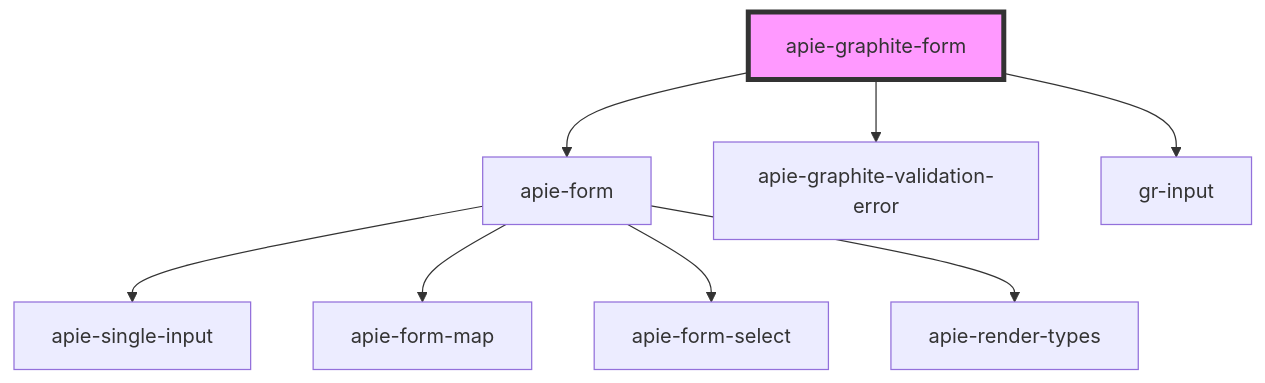
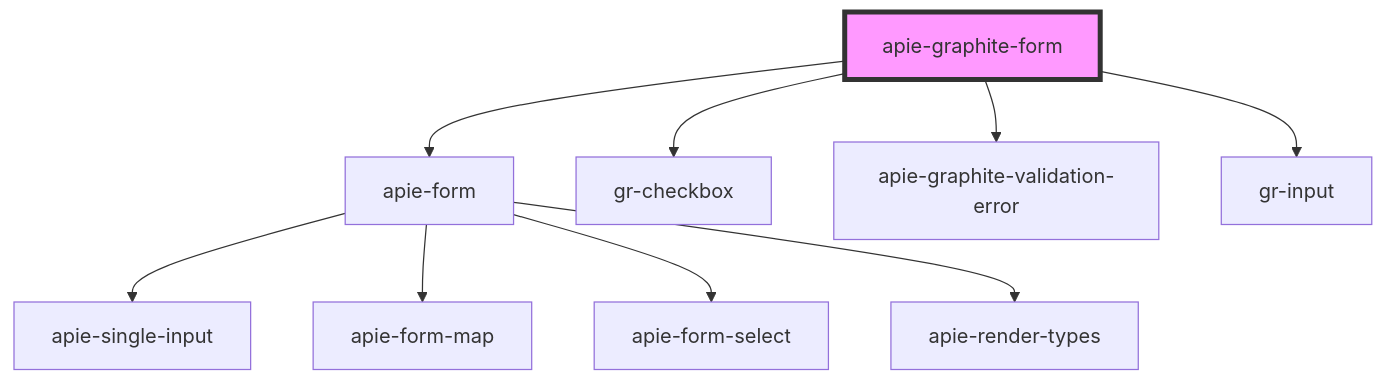
Before and after one commit to apie-lib/apie-graphite-layout: the diagram in src/components/apie-graphite-form/readme.md, drawn with Mermaid. The commit also changed other lines of this file and 14 other files, not shown here.

````diff
--- a/src/components/apie-graphite-form/readme.md
+++ b/src/components/apie-graphite-form/readme.md
@@ -28,11 +29,12 @@
 ```mermaid
 graph TD;
   apie-graphite-form --> apie-form
+  apie-graphite-form --> gr-checkbox
   apie-graphite-form --> apie-graphite-validation-error
   apie-graphite-form --> gr-input
   apie-form --> apie-single-input
   apie-form --> apie-form-map
   apie-form --> apie-form-select
   apie-form --> apie-render-types
   style apie-graphite-form fill:#f9f,stroke:#333,stroke-width:4px
 ```
````
